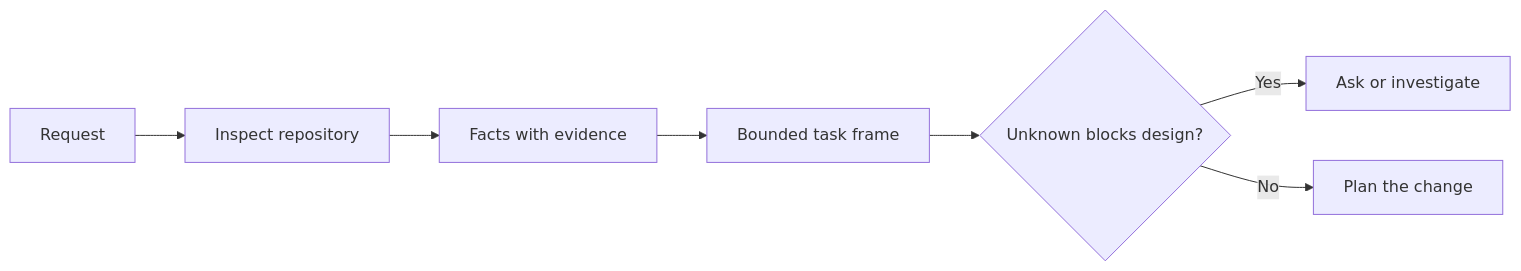
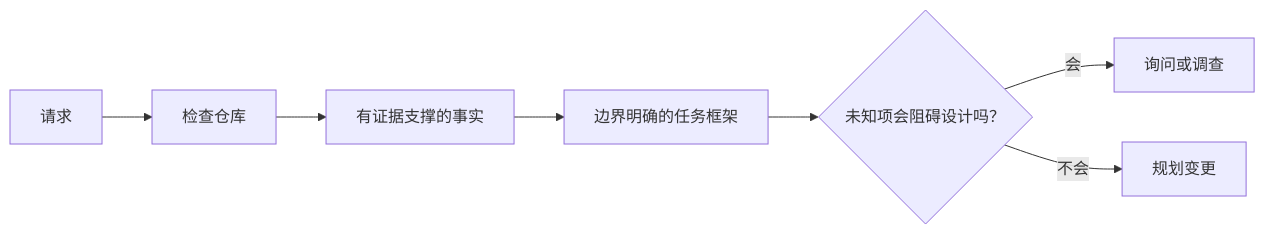
One commit to fancyboi999/ai-engineering-from-scratch-zh changed the diagram in phases/14-agent-engineering/43-frame-the-task-before-code/docs/zh.md. Above: the diagram before and after it, drawn with Mermaid. The commit also changed 35 other files, not shown here.

````diff
--- a/phases/14-agent-engineering/43-frame-the-task-before-code/docs/zh.md
+++ b/phases/14-agent-engineering/43-frame-the-task-before-code/docs/zh.md
@@ -40,9 +40,9 @@
 ```mermaid
 flowchart LR
-  R[Request] --> I[Inspect repository]
-  I --> F[Facts with evidence]
-  F --> B[Bounded task frame]
-  B --> D{Unknown blocks design?}
-  D -->|Yes| Q[Ask or investigate]
-  D -->|No| P[Plan the change]
+  R[请求] --> I[检查仓库]
+  I --> F[有证据支撑的事实]
+  F --> B[边界明确的任务框架]
+  B --> D{未知项会阻碍设计吗？}
+  D -->|会| Q[询问或调查]
+  D -->|不会| P[规划变更]
 ```
````
